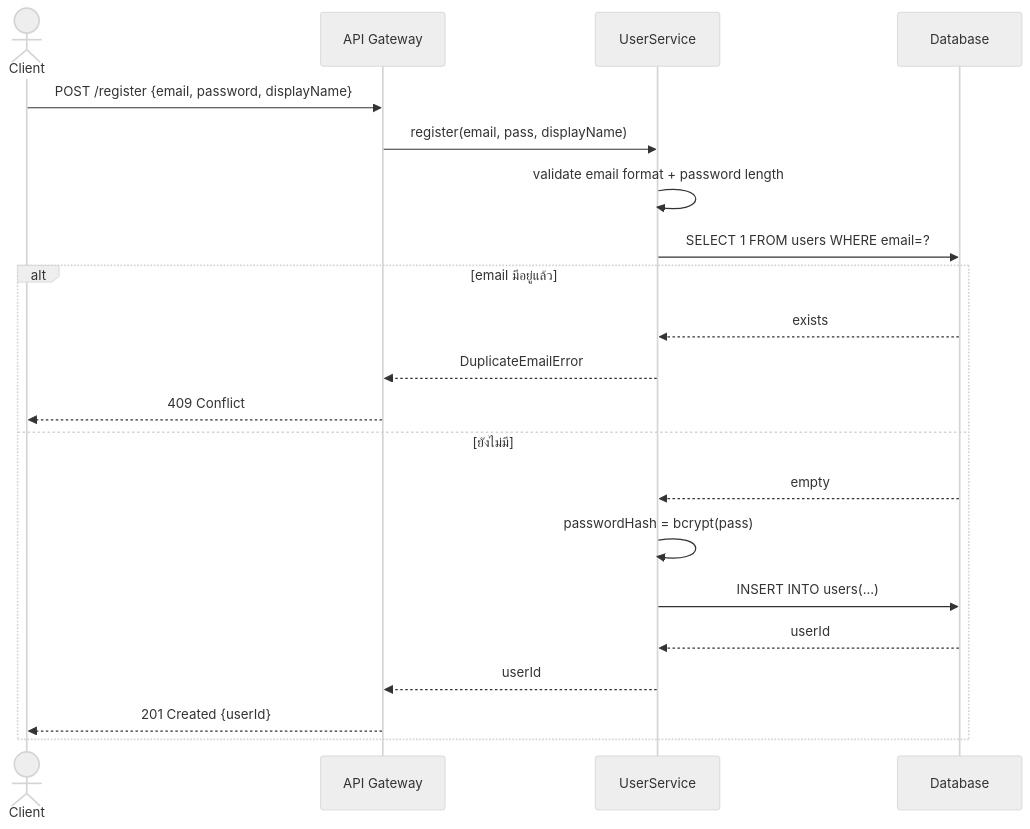
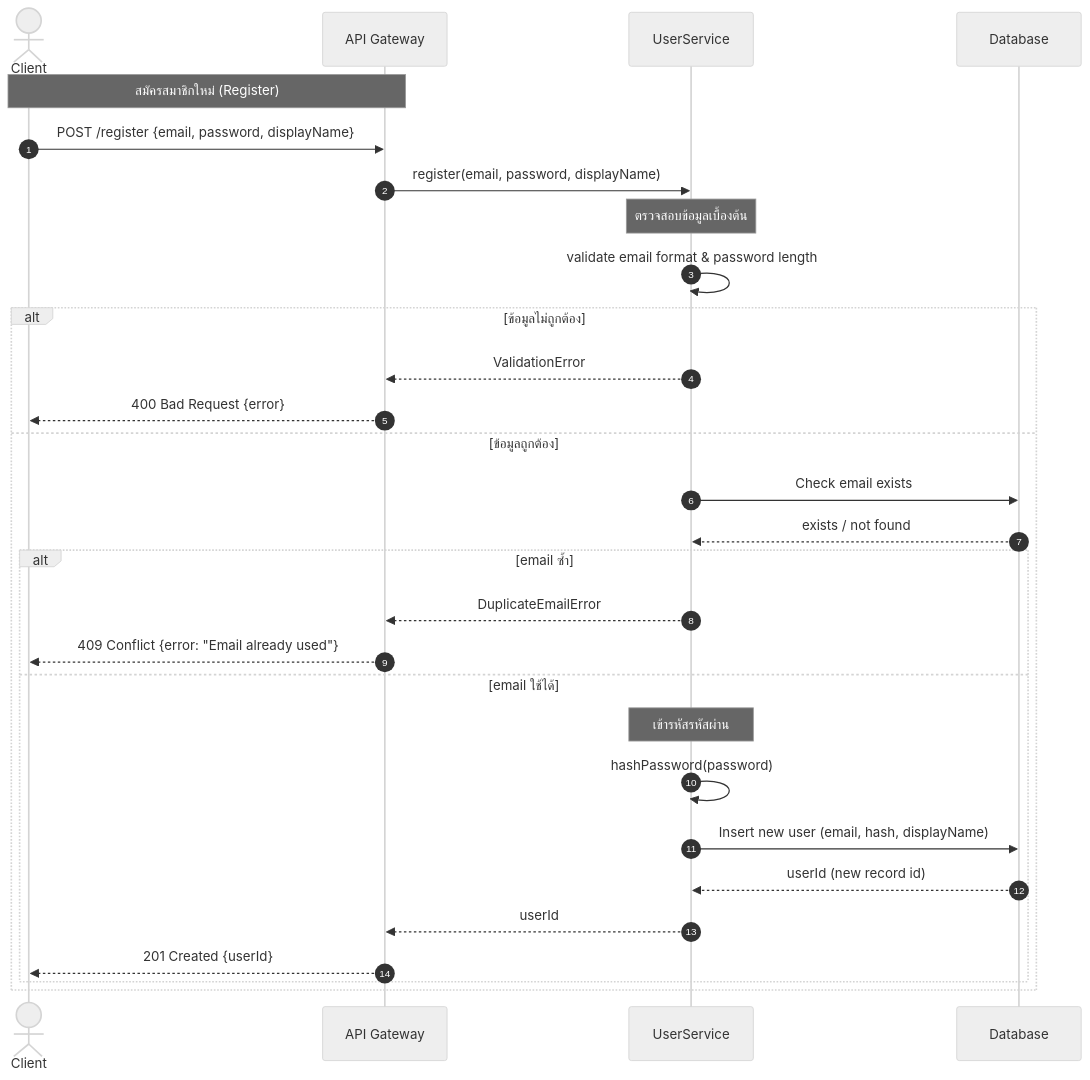
One commit to Bank-e/Music-Video-Streaming-Subscription-System changed the first of 4 diagrams in doc/sequence_01_user.md. Above: the diagram before and after it, drawn with Mermaid (neutral theme). The commit also changed other lines of this file and 4 other files, not shown here.

````diff
--- a/doc/sequence_01_user.md
+++ b/doc/sequence_01_user.md
@@ -5,24 +5,38 @@
 ```mermaid
 sequenceDiagram
-  actor Client
-  participant API as API Gateway
-  participant US as UserService
-  participant DB as Database
+    autonumber
+    actor Client
+    participant API as API Gateway
+    participant US as UserService
+    participant DB as Database
 
-  Client->>API: POST /register {email, password, displayName}
-  API->>US: register(email, pass, displayName)
-  US->>US: validate email format + password length
-  US->>DB: SELECT 1 FROM users WHERE email=?
-  alt email มีอยู่แล้ว
-    DB-->>US: exists
-    US-->>API: DuplicateEmailError
-    API-->>Client: 409 Conflict
-  else ยังไม่มี
-    DB-->>US: empty
-    US->>US: passwordHash = bcrypt(pass)
-    US->>DB: INSERT INTO users(...)
-    DB-->>US: userId
-    US-->>API: userId
-    API-->>Client: 201 Created {userId}
-  end
+    Note over Client,API: สมัครสมาชิกใหม่ (Register)
+
+    Client->>API: POST /register {email, password, displayName}
+    API->>US: register(email, password, displayName)
+
+    Note over US: ตรวจสอบข้อมูลเบื้องต้น
+    US->>US: validate email format & password length
+
+    alt ข้อมูลไม่ถูกต้อง
+        US-->>API: ValidationError
+        API-->>Client: 400 Bad Request {error}
+    else ข้อมูลถูกต้อง
+        US->>DB: Check email exists
+        DB-->>US: exists / not found
+
+        alt email ซ้ำ
+            US-->>API: DuplicateEmailError
+            API-->>Client: 409 Conflict {error: "Email already used"}
+        else email ใช้ได้
+            Note over US: เข้ารหัสรหัสผ่าน
+            US->>US: hashPassword(password)
+
+            US->>DB: Insert new user (email, hash, displayName)
+            DB-->>US: userId (new record id)
+
+            US-->>API: userId
+            API-->>Client: 201 Created {userId}
+        end
+    end
 ```
````
